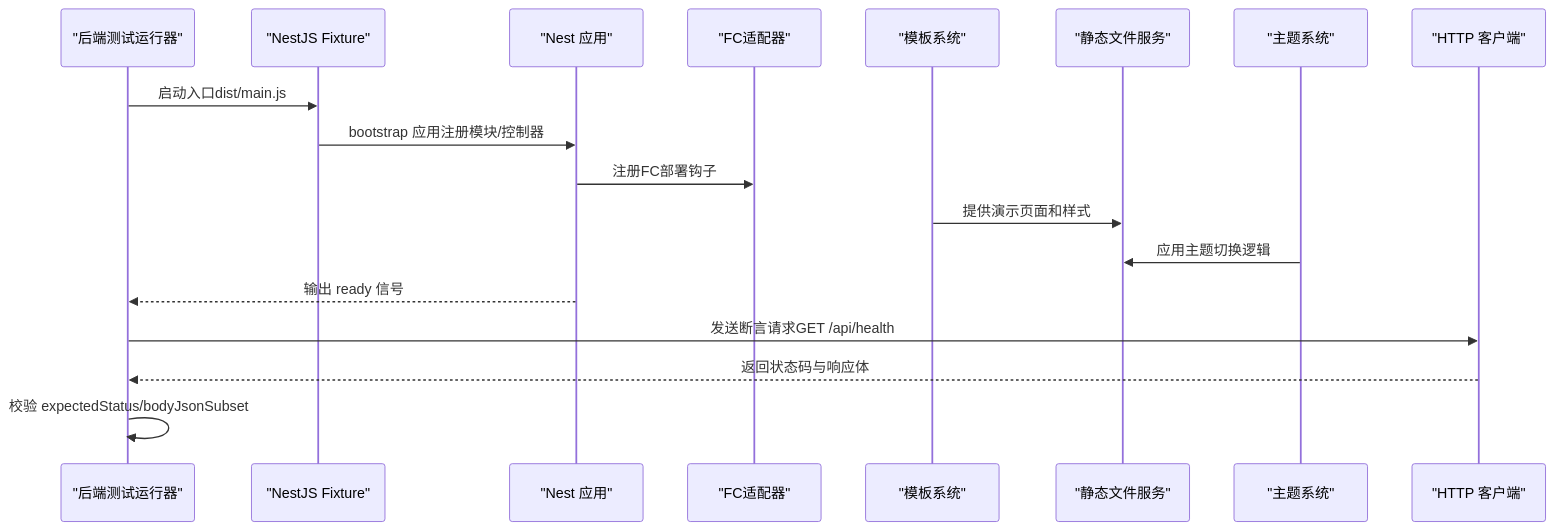
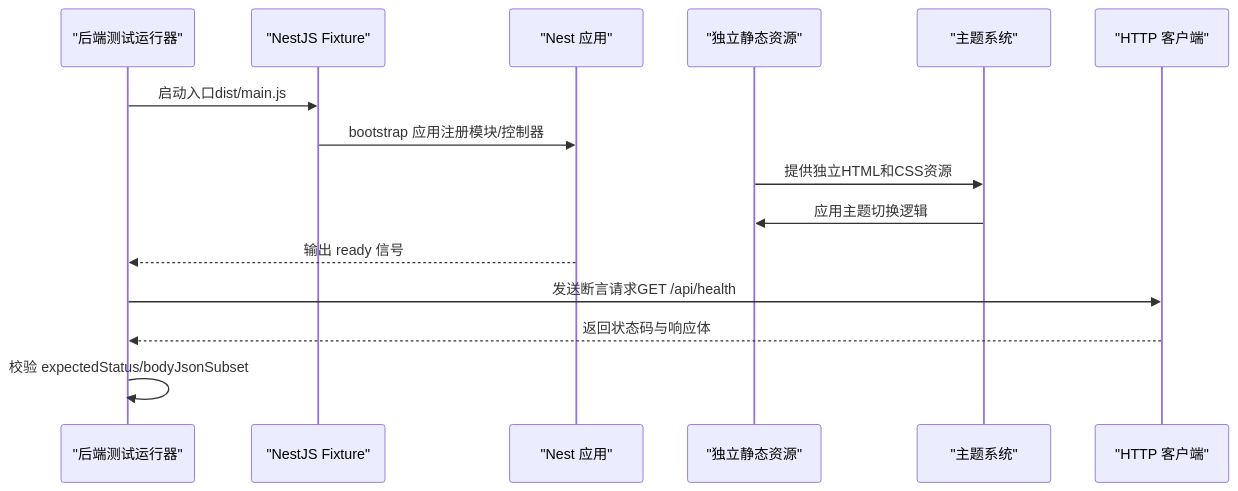
One commit to esa-sp/test-for-aone-ci changed the fourth of 9 diagrams in .qoder/repowiki/zh/content/后端框架测试/后端框架测试.md. Above: the diagram before and after it, drawn with Mermaid. The commit also changed other lines of this file and 5 other files, not shown here.

````diff
--- a/.qoder/repowiki/zh/content/后端框架测试/后端框架测试.md
+++ b/.qoder/repowiki/zh/content/后端框架测试/后端框架测试.md
@@ -243,20 +212,17 @@
 ```mermaid
 sequenceDiagram
 participant Runner as "后端测试运行器"
 participant Fixture as "NestJS Fixture"
 participant App as "Nest 应用"
-participant FCAdapter as "FC适配器"
-participant Template as "模板系统"
-participant Static as "静态文件服务"
+participant Static as "独立静态资源"
 participant Theme as "主题系统"
 participant HTTP as "HTTP 客户端"
 Runner->>Fixture : 启动入口dist/main.js
 Fixture->>App : bootstrap 应用注册模块/控制器
-App->>FCAdapter : 注册FC部署钩子
-Template->>Static : 提供演示页面和样式
+Static->>Theme : 提供独立HTML和CSS资源
 Theme->>Static : 应用主题切换逻辑
 App-->>Runner : 输出 ready 信号
 Runner->>HTTP : 发送断言请求GET /api/health
 HTTP-->>Runner : 返回状态码与响应体
 Runner->>Runner : 校验 expectedStatus/bodyJsonSubset
 ```
````
